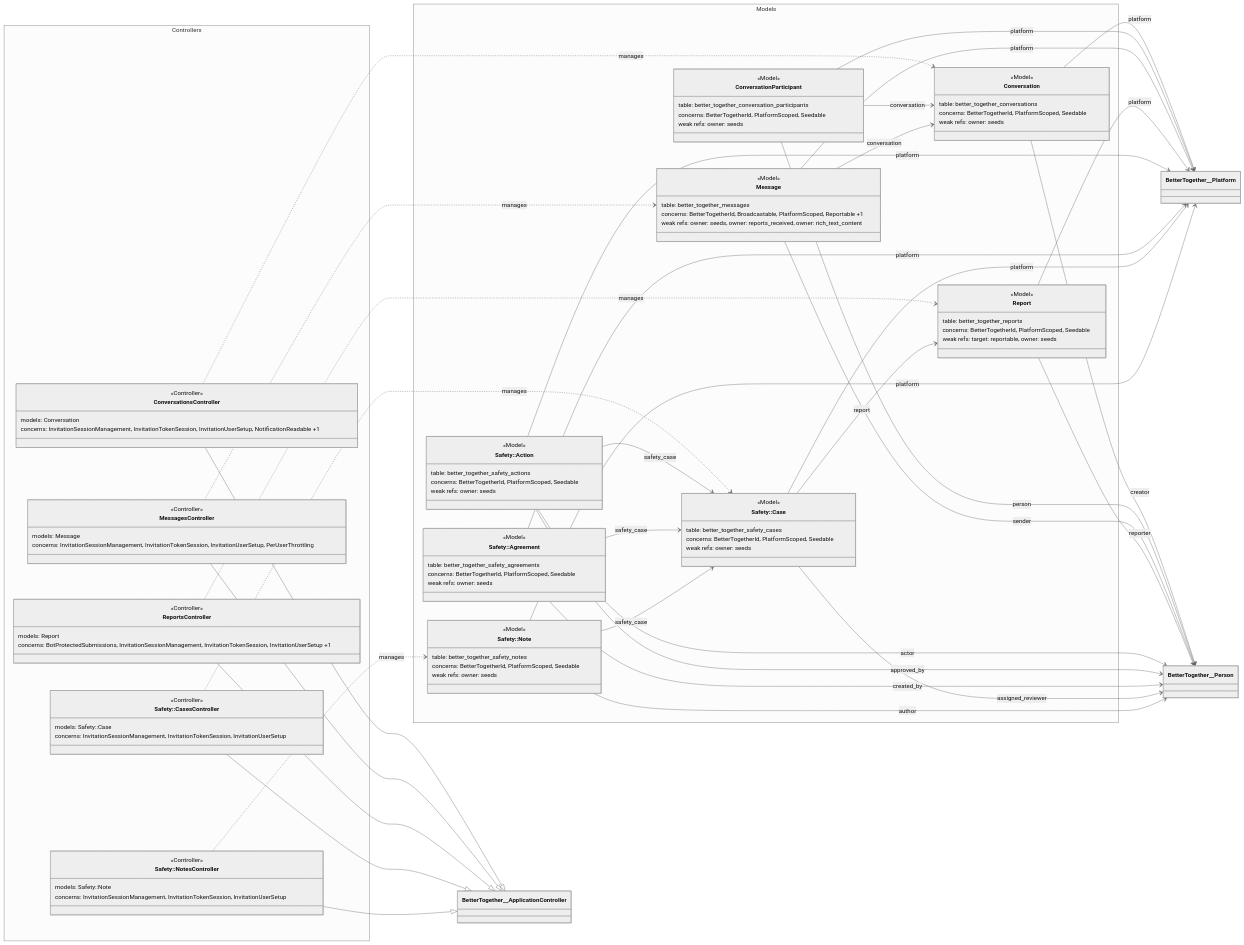
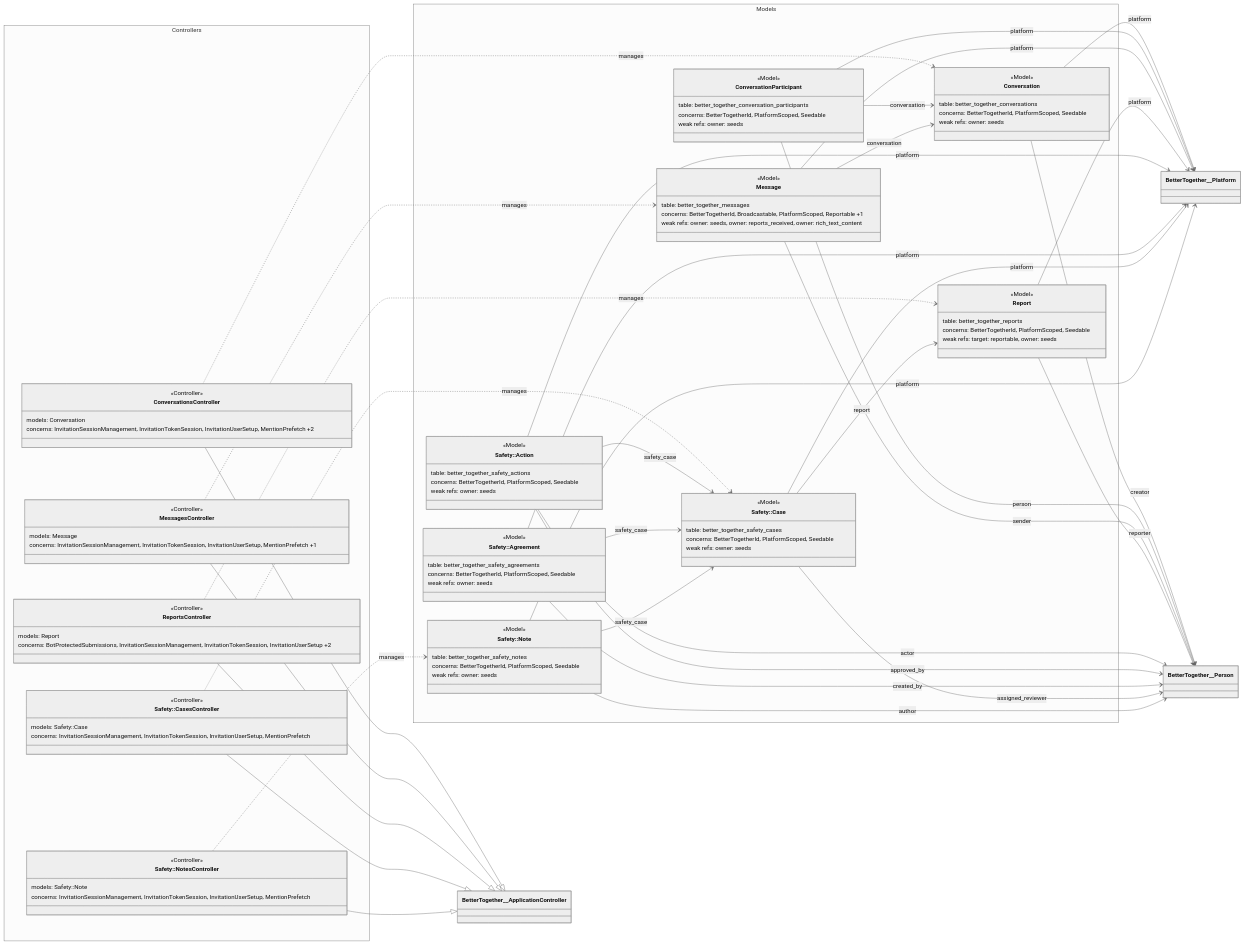
The diagram in docs/diagrams/source/ce_conversations_safety_rails_layers.mmd (better-together-org/community-engine-rails), drawn with Mermaid (neutral theme) before and after one commit. The commit also changed 114 other files, not shown here.

```diff
--- a/docs/diagrams/source/ce_conversations_safety_rails_layers.mmd
+++ b/docs/diagrams/source/ce_conversations_safety_rails_layers.mmd
@@ -1,116 +1,116 @@
 %% Generated by scripts/export_subsystem_diagrams.rb
 classDiagram
   direction LR
 
   namespace Controllers {
     class BetterTogether__ConversationsController["ConversationsController"] {
       <<Controller>>
       models: Conversation
-      concerns: InvitationSessionManagement, InvitationTokenSession, InvitationUserSetup, NotificationReadable +1
+      concerns: InvitationSessionManagement, InvitationTokenSession, InvitationUserSetup, MentionPrefetch +2
     }
     class BetterTogether__MessagesController["MessagesController"] {
       <<Controller>>
       models: Message
-      concerns: InvitationSessionManagement, InvitationTokenSession, InvitationUserSetup, PerUserThrottling
+      concerns: InvitationSessionManagement, InvitationTokenSession, InvitationUserSetup, MentionPrefetch +1
     }
     class BetterTogether__ReportsController["ReportsController"] {
       <<Controller>>
       models: Report
-      concerns: BotProtectedSubmissions, InvitationSessionManagement, InvitationTokenSession, InvitationUserSetup +1
+      concerns: BotProtectedSubmissions, InvitationSessionManagement, InvitationTokenSession, InvitationUserSetup +2
     }
     class BetterTogether__Safety__CasesController["Safety::CasesController"] {
       <<Controller>>
       models: Safety::Case
-      concerns: InvitationSessionManagement, InvitationTokenSession, InvitationUserSetup
+      concerns: InvitationSessionManagement, InvitationTokenSession, InvitationUserSetup, MentionPrefetch
     }
     class BetterTogether__Safety__NotesController["Safety::NotesController"] {
       <<Controller>>
       models: Safety::Note
-      concerns: InvitationSessionManagement, InvitationTokenSession, InvitationUserSetup
+      concerns: InvitationSessionManagement, InvitationTokenSession, InvitationUserSetup, MentionPrefetch
     }
   }
 
   namespace Models {
     class BetterTogether__Conversation["Conversation"] {
       <<Model>>
       table: better_together_conversations
       concerns: BetterTogetherId, PlatformScoped, Seedable
       weak refs: owner: seeds
     }
     class BetterTogether__ConversationParticipant["ConversationParticipant"] {
       <<Model>>
       table: better_together_conversation_participants
       concerns: BetterTogetherId, PlatformScoped, Seedable
       weak refs: owner: seeds
     }
     class BetterTogether__Message["Message"] {
       <<Model>>
       table: better_together_messages
       concerns: BetterTogetherId, Broadcastable, PlatformScoped, Reportable +1
       weak refs: owner: seeds, owner: reports_received, owner: rich_text_content
     }
     class BetterTogether__Report["Report"] {
       <<Model>>
       table: better_together_reports
       concerns: BetterTogetherId, PlatformScoped, Seedable
       weak refs: target: reportable, owner: seeds
     }
     class BetterTogether__Safety__Action["Safety::Action"] {
       <<Model>>
       table: better_together_safety_actions
       concerns: BetterTogetherId, PlatformScoped, Seedable
       weak refs: owner: seeds
     }
     class BetterTogether__Safety__Agreement["Safety::Agreement"] {
       <<Model>>
       table: better_together_safety_agreements
       concerns: BetterTogetherId, PlatformScoped, Seedable
       weak refs: owner: seeds
     }
     class BetterTogether__Safety__Case["Safety::Case"] {
       <<Model>>
       table: better_together_safety_cases
       concerns: BetterTogetherId, PlatformScoped, Seedable
       weak refs: owner: seeds
     }
     class BetterTogether__Safety__Note["Safety::Note"] {
       <<Model>>
       table: better_together_safety_notes
       concerns: BetterTogetherId, PlatformScoped, Seedable
       weak refs: owner: seeds
     }
   }
 
   BetterTogether__ConversationsController ..> BetterTogether__Conversation : manages
   BetterTogether__ConversationsController --|> BetterTogether__ApplicationController
   BetterTogether__MessagesController ..> BetterTogether__Message : manages
   BetterTogether__MessagesController --|> BetterTogether__ApplicationController
   BetterTogether__ReportsController ..> BetterTogether__Report : manages
   BetterTogether__ReportsController --|> BetterTogether__ApplicationController
   BetterTogether__Safety__CasesController ..> BetterTogether__Safety__Case : manages
   BetterTogether__Safety__CasesController --|> BetterTogether__ApplicationController
   BetterTogether__Safety__NotesController ..> BetterTogether__Safety__Note : manages
   BetterTogether__Safety__NotesController --|> BetterTogether__ApplicationController
   BetterTogether__Conversation --> BetterTogether__Platform : platform
   BetterTogether__Conversation --> BetterTogether__Person : creator
   BetterTogether__ConversationParticipant --> BetterTogether__Platform : platform
   BetterTogether__ConversationParticipant --> BetterTogether__Conversation : conversation
   BetterTogether__ConversationParticipant --> BetterTogether__Person : person
   BetterTogether__Message --> BetterTogether__Platform : platform
   BetterTogether__Message --> BetterTogether__Conversation : conversation
   BetterTogether__Message --> BetterTogether__Person : sender
   BetterTogether__Report --> BetterTogether__Platform : platform
   BetterTogether__Report --> BetterTogether__Person : reporter
   BetterTogether__Safety__Action --> BetterTogether__Platform : platform
   BetterTogether__Safety__Action --> BetterTogether__Safety__Case : safety_case
   BetterTogether__Safety__Action --> BetterTogether__Person : actor
   BetterTogether__Safety__Action --> BetterTogether__Person : approved_by
   BetterTogether__Safety__Agreement --> BetterTogether__Platform : platform
   BetterTogether__Safety__Agreement --> BetterTogether__Safety__Case : safety_case
   BetterTogether__Safety__Agreement --> BetterTogether__Person : created_by
   BetterTogether__Safety__Case --> BetterTogether__Platform : platform
   BetterTogether__Safety__Case --> BetterTogether__Report : report
   BetterTogether__Safety__Case --> BetterTogether__Person : assigned_reviewer
   BetterTogether__Safety__Note --> BetterTogether__Platform : platform
   BetterTogether__Safety__Note --> BetterTogether__Safety__Case : safety_case
   BetterTogether__Safety__Note --> BetterTogether__Person : author
```
